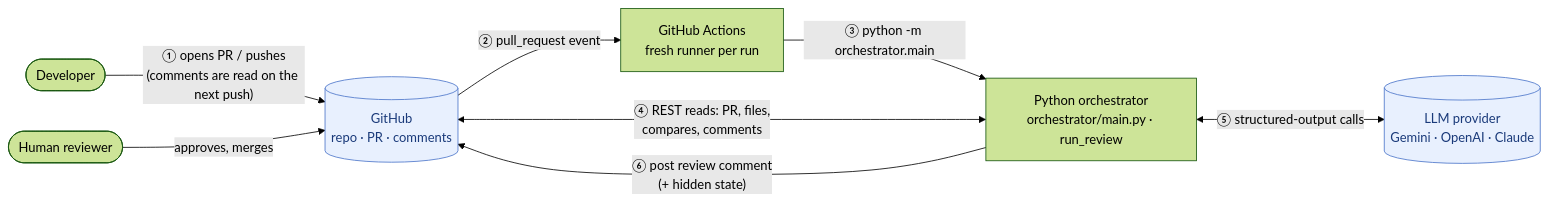
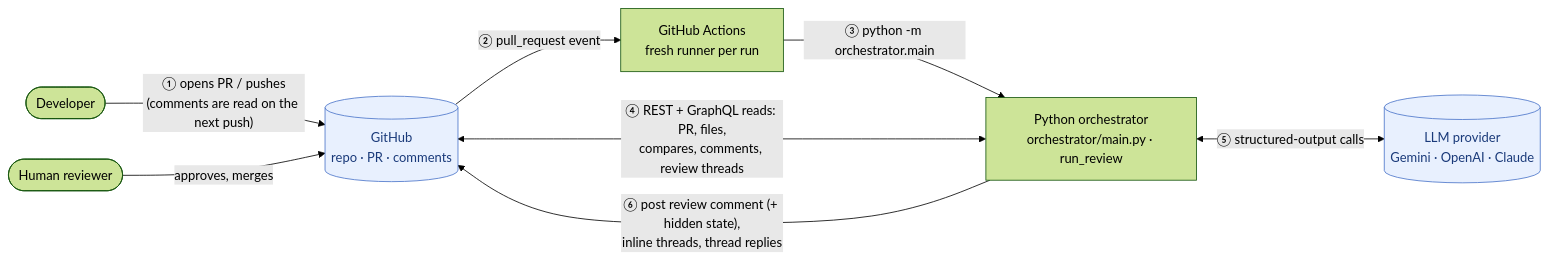
One commit to bryanChatsirichai/github_agentic_pr_reviewer changed the second of 14 diagrams in docs/agentic-pr-review-system-design.v1.md. Above: the diagram before and after it, drawn with Mermaid (forest theme). The commit also changed other lines of this file and 1 other file, not shown here.

First line of the commit message:
Docs: Bring remaining diagrams and sections in line with Step 9b

````diff
--- a/docs/agentic-pr-review-system-design.v1.md
+++ b/docs/agentic-pr-review-system-design.v1.md
@@ -97,13 +97,13 @@
 ```mermaid
 flowchart LR
     dev([Developer]) -->|"① opens PR / pushes<br/>(comments are read on the next push)"| GH[("GitHub<br/>repo · PR · comments")]
     GH -->|"② pull_request event"| GA["GitHub Actions<br/>fresh runner per run"]
     GA -->|"③ python -m orchestrator.main"| ORCH["Python orchestrator<br/>orchestrator/main.py · run_review"]
-    ORCH <-->|"④ REST reads: PR, files,<br/>compares, comments"| GH
+    ORCH <-->|"④ REST + GraphQL reads: PR, files,<br/>compares, comments, review threads"| GH
     ORCH <-->|"⑤ structured-output calls"| LLM[("LLM provider<br/>Gemini · OpenAI · Claude")]
-    ORCH -->|"⑥ post review comment<br/>(+ hidden state)"| GH
+    ORCH -->|"⑥ post review comment (+ hidden state),<br/>inline threads, thread replies"| GH
     human([Human reviewer]) -->|approves, merges| GH
 
     classDef ext fill:#e8f0fe,stroke:#4a74c9,color:#1a3a7a
     class GH,LLM ext
 ```
````
